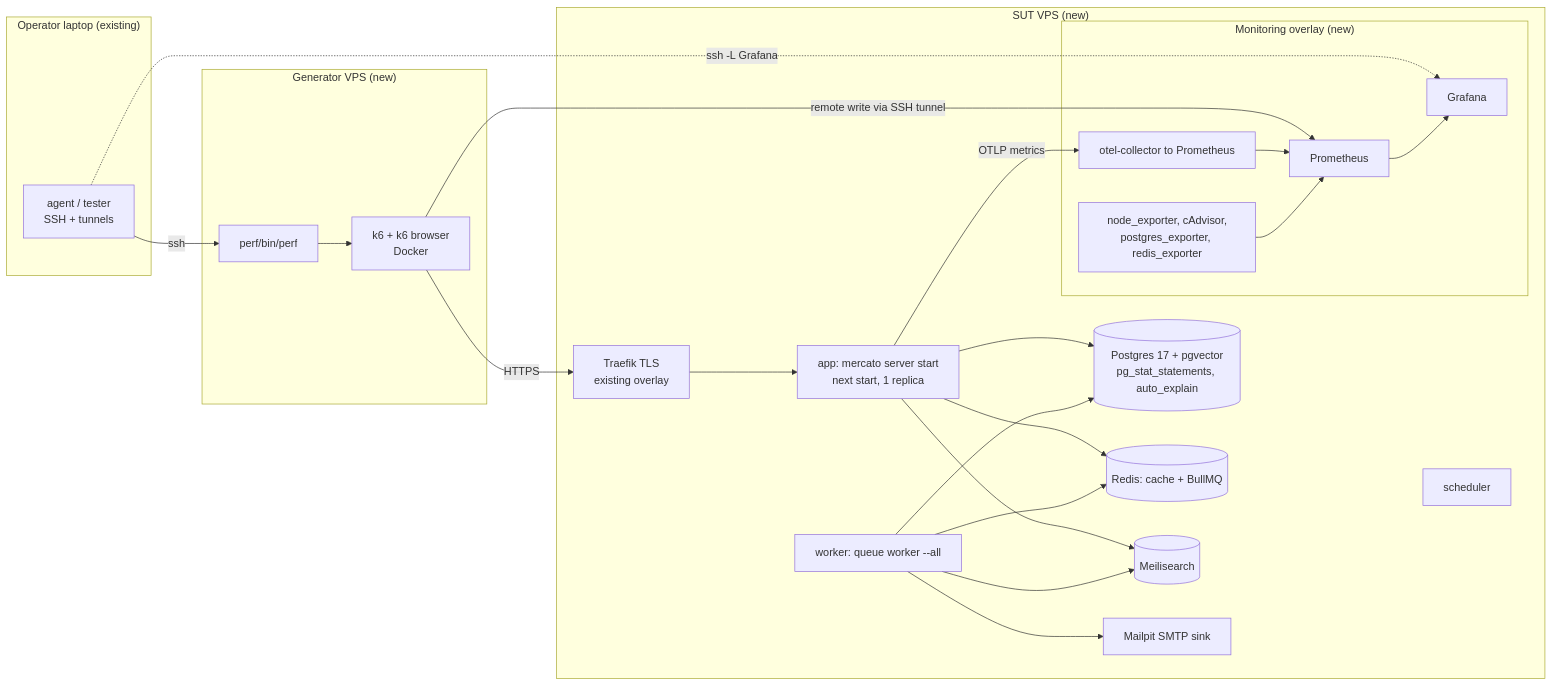
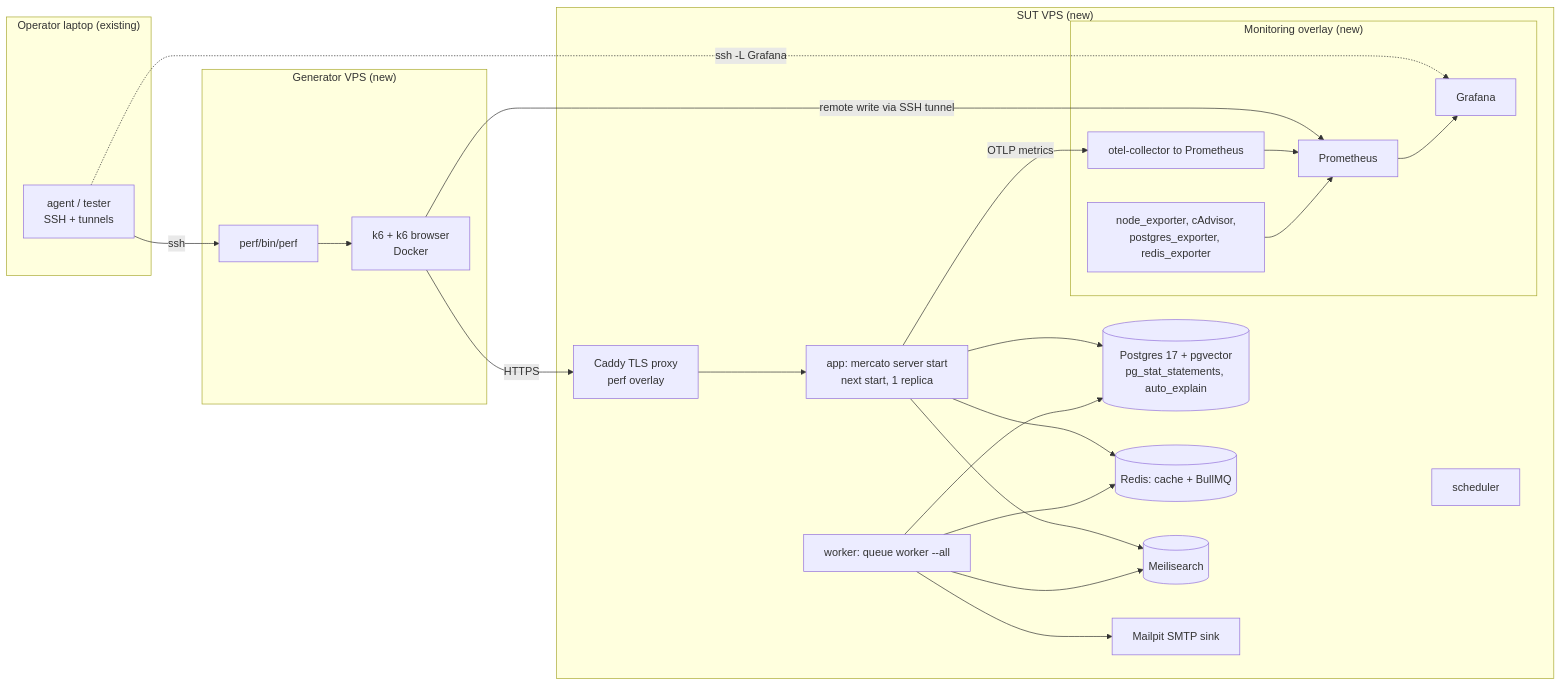
One commit to open-mercato/open-mercato changed the diagram in .ai/specs/2026-11-26-crm-performance-test-plan.md. Above: the diagram before and after it, drawn with Mermaid. The commit also changed other lines of this file and 20 other files, not shown here.

````diff
--- a/.ai/specs/2026-11-26-crm-performance-test-plan.md
+++ b/.ai/specs/2026-11-26-crm-performance-test-plan.md
@@ -134,35 +134,35 @@
 ```mermaid
 flowchart LR
   subgraph Laptop["Operator laptop (existing)"]
     OP[agent / tester<br/>SSH + tunnels]
   end
   subgraph GEN["Generator VPS (new)"]
     K6[k6 + k6 browser<br/>Docker]
     CTL[perf/bin/perf]
   end
   subgraph SUT["SUT VPS (new)"]
-    TR[Traefik TLS<br/>existing overlay]
+    TR[Caddy TLS proxy<br/>perf overlay]
     APP[app: mercato server start<br/>next start, 1 replica]
     WRK[worker: queue worker --all]
     SCH[scheduler]
     PG[(Postgres 17 + pgvector<br/>pg_stat_statements, auto_explain)]
     RD[(Redis: cache + BullMQ)]
     MS[(Meilisearch)]
     MP[Mailpit SMTP sink]
     subgraph MON["Monitoring overlay (new)"]
       PROM[Prometheus]
       GRAF[Grafana]
       EXP[node_exporter, cAdvisor,<br/>postgres_exporter, redis_exporter]
       OTEL[otel-collector to Prometheus]
     end
   end
   OP -- ssh --> CTL
   OP -. ssh -L Grafana .-> GRAF
   CTL --> K6
   K6 -- HTTPS --> TR --> APP
   K6 -- remote write via SSH tunnel --> PROM
   APP --> PG & RD & MS
   WRK --> PG & RD & MS & MP
   APP -- OTLP metrics --> OTEL --> PROM
   EXP --> PROM --> GRAF
 ```
````
